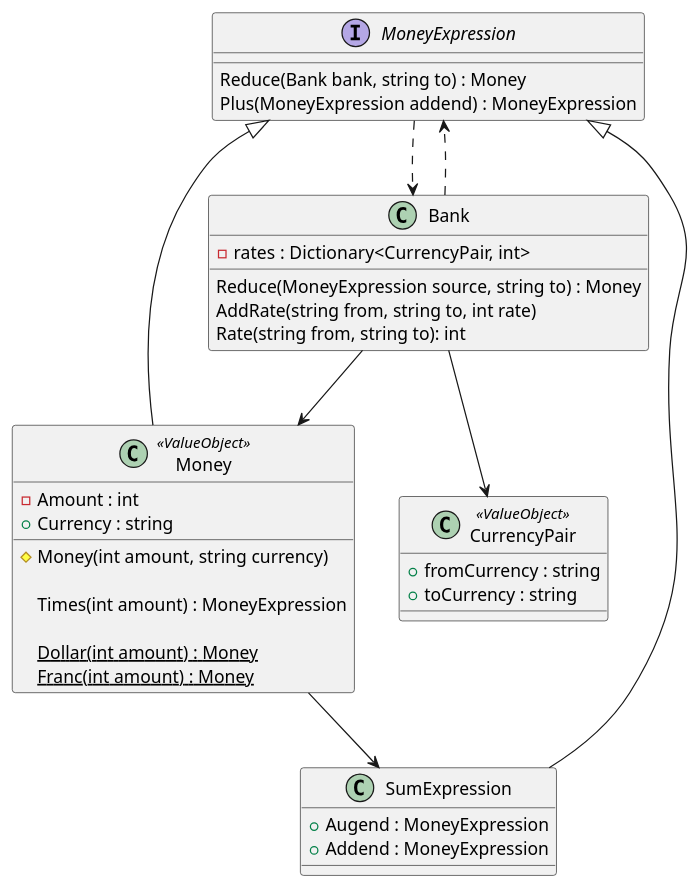
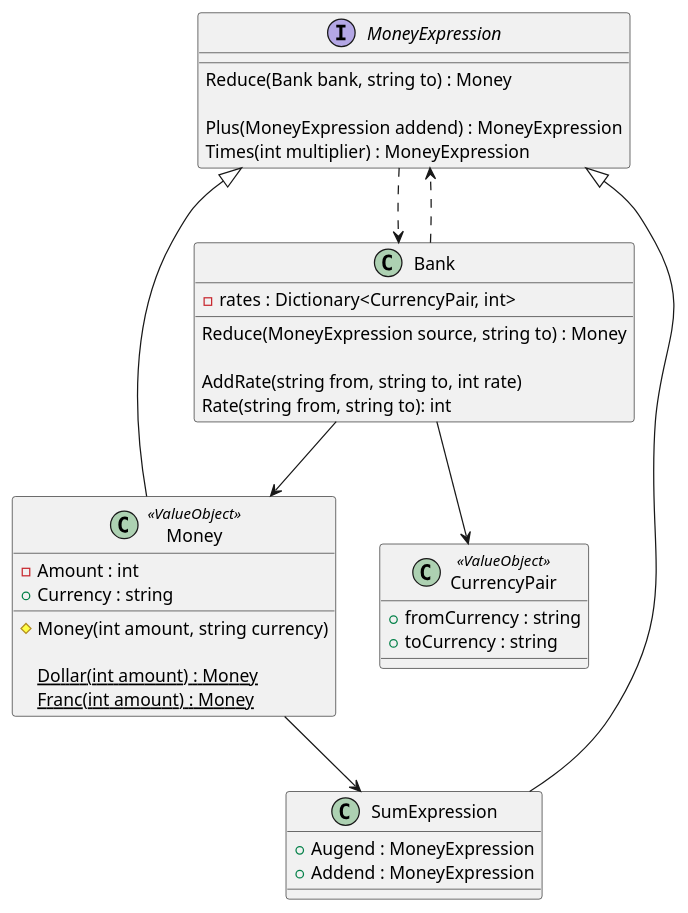
One commit to RicardoGuzmanVelasco/KentBeck.TDDByExample changed the diagram in Documentation/Classes.puml. Above: the diagram before and after it, drawn with PlantUML. The commit also changed 1 other file, not shown here.

```diff
--- a/Documentation/Classes.puml
+++ b/Documentation/Classes.puml
@@ -1,49 +1,50 @@
 @startuml
 
 interface MoneyExpression
 {
     Reduce(Bank bank, string to) : Money
+    
     Plus(MoneyExpression addend) : MoneyExpression
+    Times(int multiplier) : MoneyExpression
 } 
 MoneyExpression ..> Bank
 
 class Money <<ValueObject>>
 {
     -Amount : int
     +Currency : string
     
     #Money(int amount, string currency)
-    
-    Times(int amount) : MoneyExpression
     
     {static} Dollar(int amount) : Money
     {static} Franc(int amount) : Money
 }
 Money --|> MoneyExpression
 Money --> SumExpression
 
 class SumExpression
 {
     +Augend : MoneyExpression
     +Addend : MoneyExpression
 }
 SumExpression --|> MoneyExpression
 
 class CurrencyPair <<ValueObject>>
 {
     +fromCurrency : string
     +toCurrency : string
 }
 
 class Bank
 {
     -rates : Dictionary<CurrencyPair, int>
 
     Reduce(MoneyExpression source, string to) : Money
+    
     AddRate(string from, string to, int rate)
     Rate(string from, string to): int
 }
 Bank --> CurrencyPair
 Bank ..> MoneyExpression
 Bank --> Money
 @enduml
```
